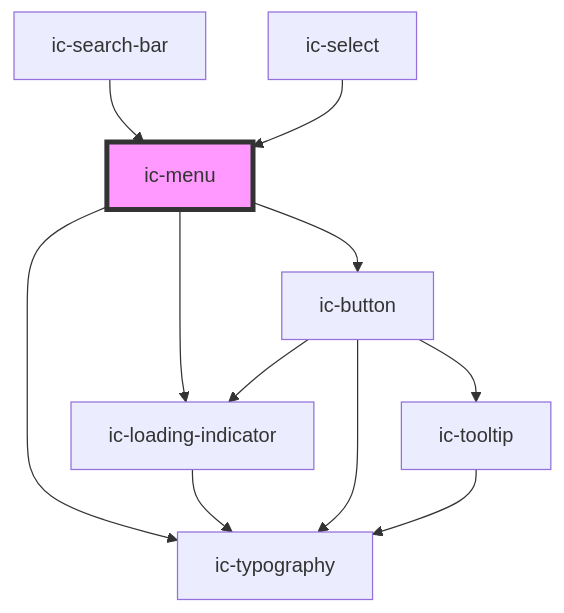
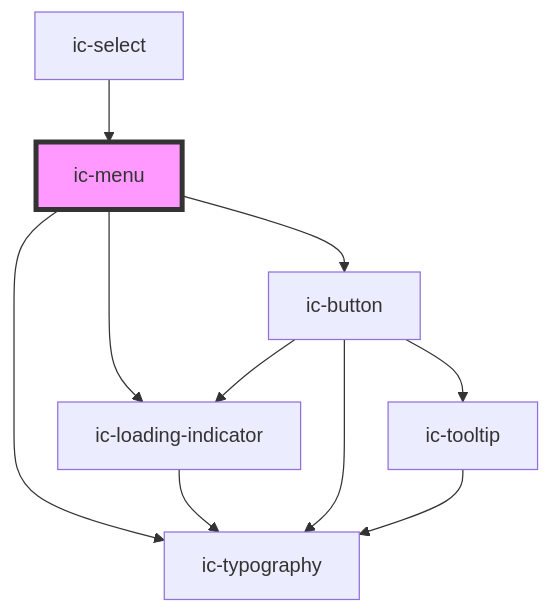
The diagram in packages/web-components/src/components/ic-menu/readme.md (mi6/ic-ui-kit), drawn with Mermaid before and after one commit. The commit also changed other lines of this file and 19 other files, not shown here.

````diff
--- a/packages/web-components/src/components/ic-menu/readme.md
+++ b/packages/web-components/src/components/ic-menu/readme.md
@@ -76,14 +75,13 @@
 ```mermaid
 graph TD;
   ic-menu --> ic-loading-indicator
   ic-menu --> ic-typography
   ic-menu --> ic-button
   ic-loading-indicator --> ic-typography
   ic-button --> ic-typography
   ic-button --> ic-loading-indicator
   ic-button --> ic-tooltip
   ic-tooltip --> ic-typography
-  ic-search-bar --> ic-menu
   ic-select --> ic-menu
   style ic-menu fill:#f9f,stroke:#333,stroke-width:4px
 ```
````
